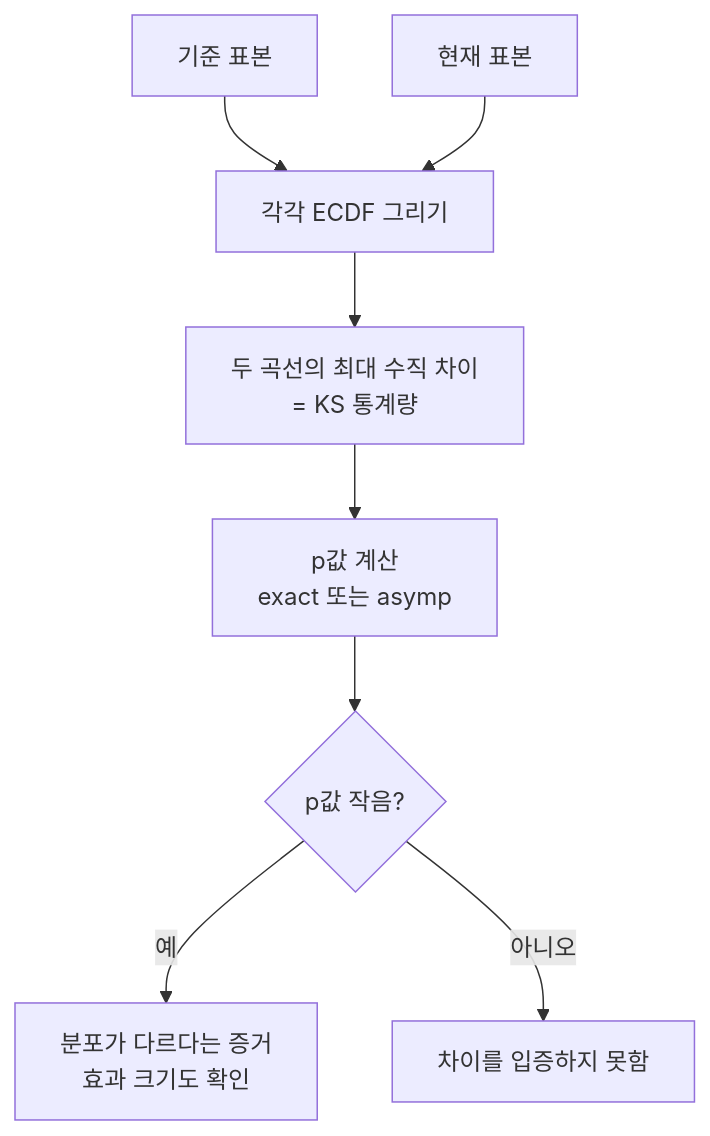
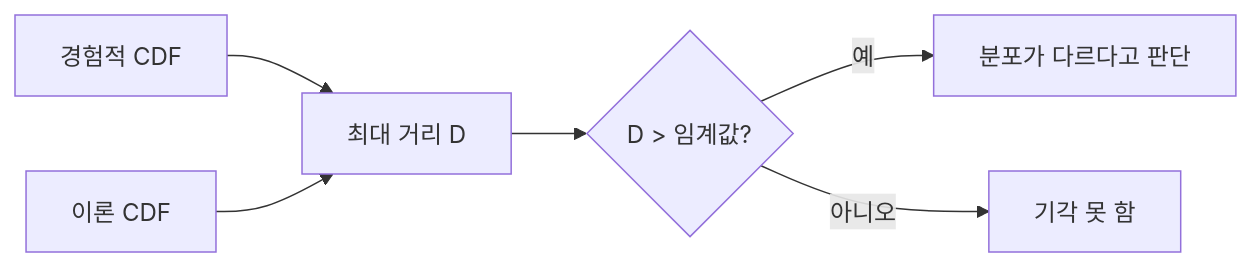
The first of 2 diagrams in articles/ks-test.md (wjdgks7178/ai-mindmap), drawn with Mermaid before and after one commit. The commit also changed other lines of this file and 2 other files, not shown here.

````diff
--- a/articles/ks-test.md
+++ b/articles/ks-test.md
@@ -20,10 +18,8 @@
 ```mermaid
-flowchart TD
-A["기준 표본"] --> C["각각 ECDF 그리기"]
-B["현재 표본"] --> C
-C --> D["두 곡선의 최대 수직 차이<br/>= KS 통계량"]
-D --> E["p값 계산<br/>exact 또는 asymp"]
-E --> F{"p값 작음?"}
-F -->|"예"| G["분포가 다르다는 증거<br/>효과 크기도 확인"]
-F -->|"아니오"| H["차이를 입증하지 못함"]
+flowchart LR
+  E["경험적 CDF"] --> D["최대 거리 D"]
+  T["이론 CDF"] --> D
+  D --> C{"D > 임계값?"}
+  C -->|예| R["분포가 다르다고 판단"]
+  C -->|아니오| K["기각 못 함"]
 ```
````
